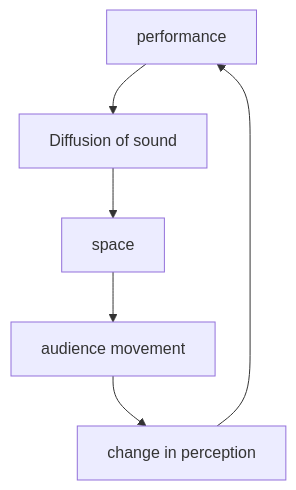
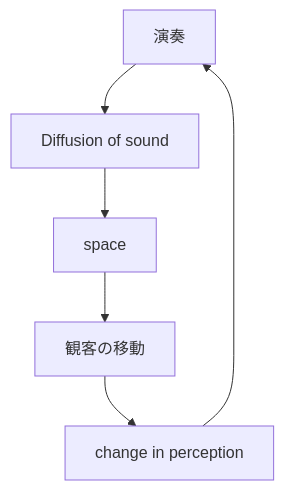
One commit to monumental-movement/monumental-movement.github.io changed the third of 3 diagrams in en/_posts/2026-04-25-column-yoshihide-otomo.md. Above: the diagram before and after it, drawn with Mermaid. The commit also changed other lines of this file and 2196 other files, not shown here.

```diff
--- a/en/_posts/2026-04-25-column-yoshihide-otomo.md
+++ b/en/_posts/2026-04-25-column-yoshihide-otomo.md
@@ -158,8 +158,8 @@
 <div class="mermaid">
 graph TD
-    A[performance] --> B[Diffusion of sound]
+    A[演奏] --> B[Diffusion of sound]
     B --> C[space]
-    C --> D[audience movement]
+    C --> D[観客の移動]
     D --> E[change in perception]
     E --> A
 </div>
```
